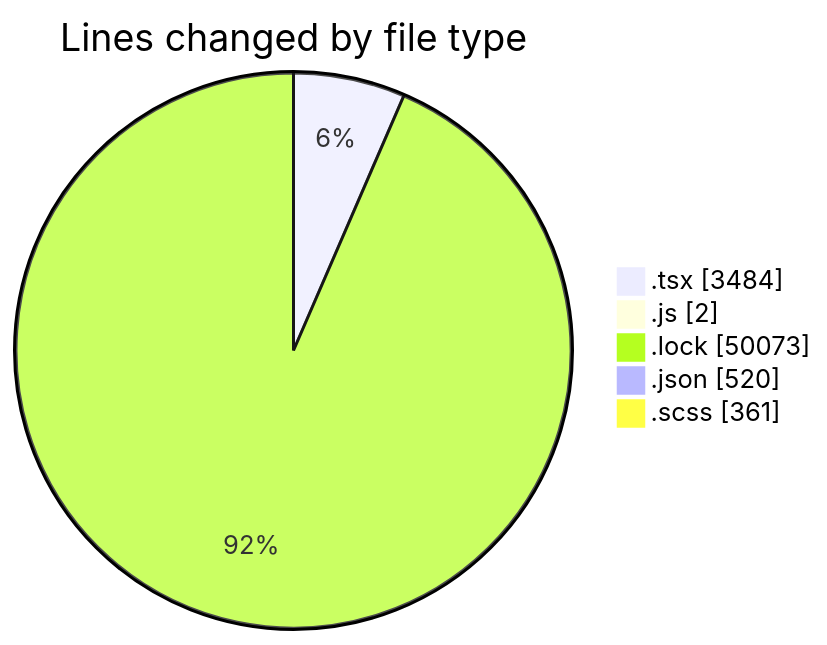
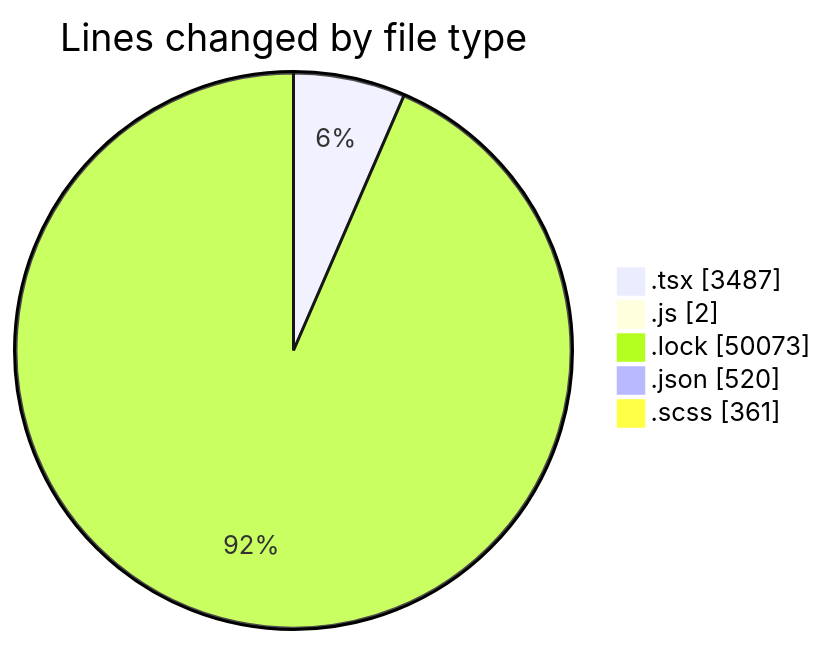
One commit to momahboobian/code-tracking changed the first of 2 diagrams in 2026-05-15/cda/README.md. Above: the diagram before and after it, drawn with Mermaid. The commit also changed other lines of this file and 1 other file, not shown here.

````diff
--- a/2026-05-15/cda/README.md
+++ b/2026-05-15/cda/README.md
@@ -47,9 +47,9 @@
 ```mermaid
 pie showData
 title Lines changed by file type
-".tsx" : 3484
+".tsx" : 3487
 ".js" : 2
 ".lock" : 50073
 ".json" : 520
 ".scss" : 361
 ```
````
